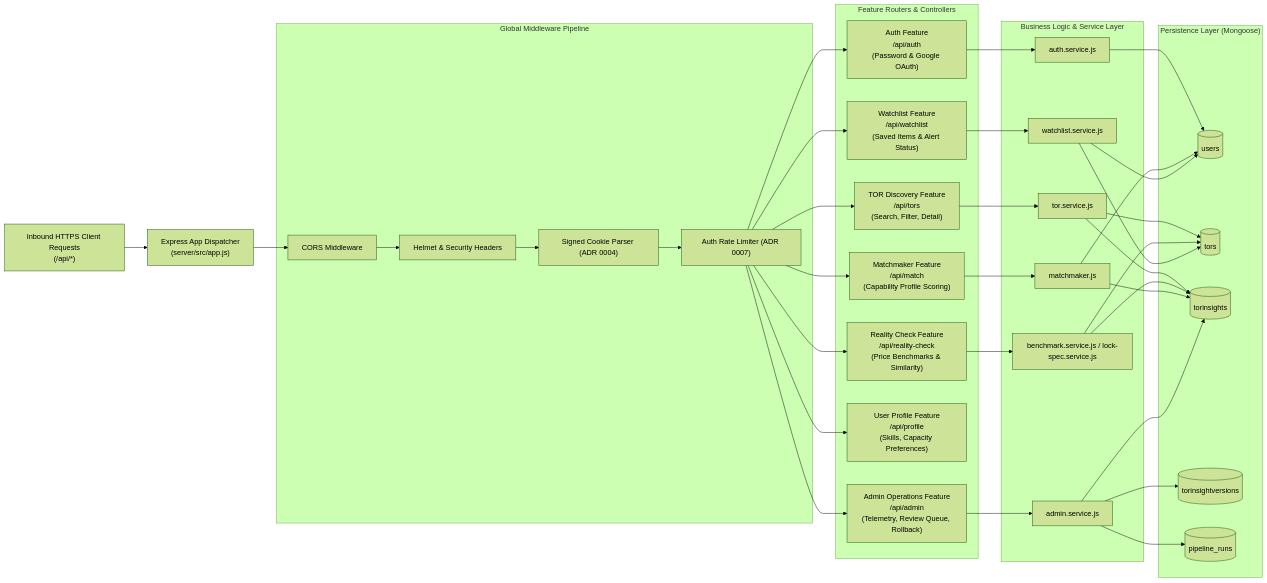
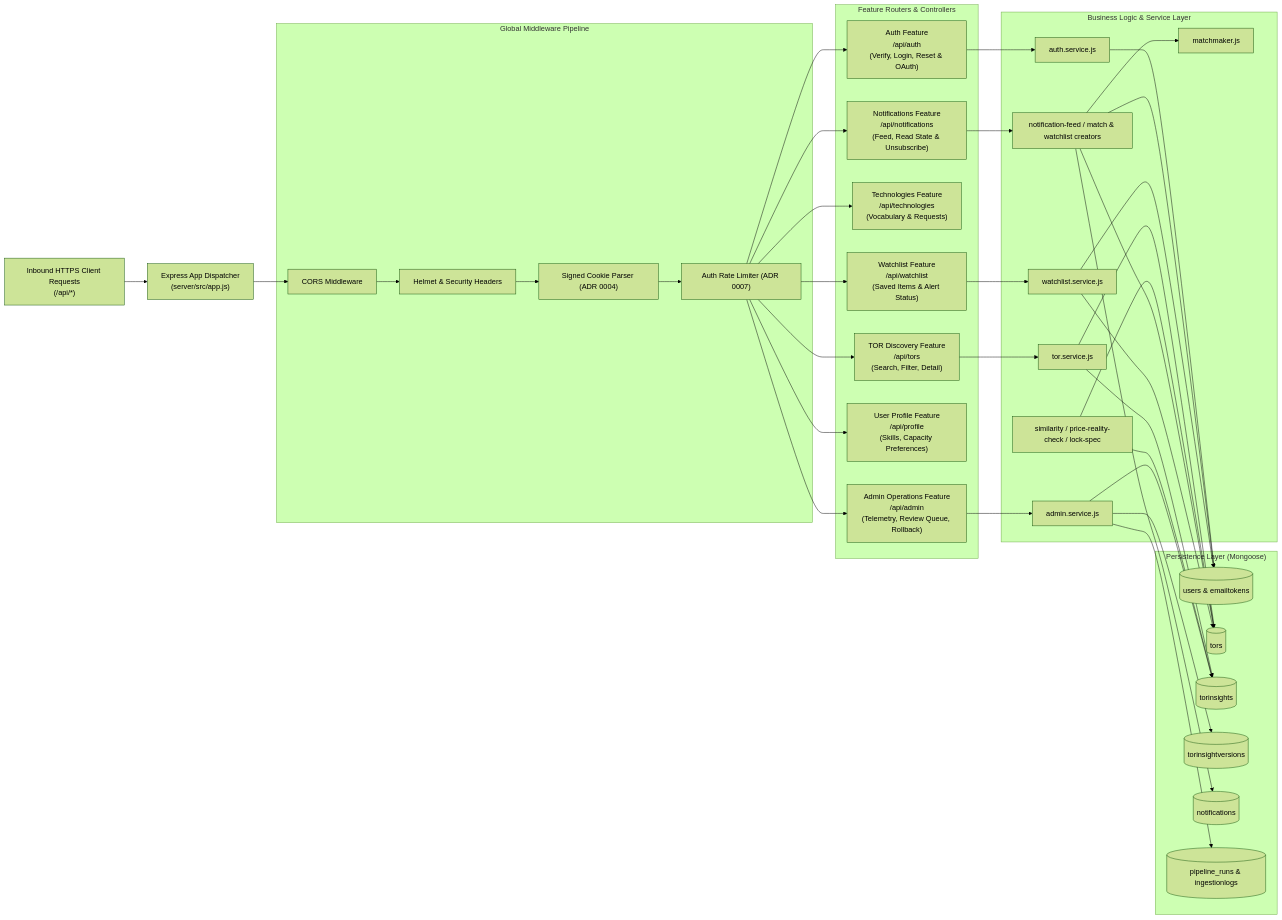
The fourth of 17 diagrams in docs/design-document.md (PapuBallkub/csp-mjolnir), drawn with Mermaid (forest theme) before and after one commit. The commit also changed other lines of this file, not shown here.

Commit message:
docs: sync design-document.md to v1.1 with live routes, auth, and SRS v0.3

````diff
--- a/docs/design-document.md
+++ b/docs/design-document.md
@@ -394,63 +395,65 @@
 ```mermaid
 flowchart LR
     %% Inbound HTTP
     HTTP_REQ["Inbound HTTPS Client Requests<br/>(/api/*)"] --> APP["Express App Dispatcher<br/>(server/src/app.js)"]
 
     subgraph Middleware_Chain["Global Middleware Pipeline"]
         CORS["CORS Middleware"]
         SEC["Helmet & Security Headers"]
         COOKIE["Signed Cookie Parser (ADR 0004)"]
         RL["Auth Rate Limiter (ADR 0007)"]
     end
 
     APP --> CORS --> SEC --> COOKIE --> RL
 
     subgraph Feature_Controllers["Feature Routers & Controllers"]
-        F_AUTH["Auth Feature<br/>/api/auth<br/>(Password & Google OAuth)"]
+        F_AUTH["Auth Feature<br/>/api/auth<br/>(Verify, Login, Reset & OAuth)"]
         F_TORS["TOR Discovery Feature<br/>/api/tors<br/>(Search, Filter, Detail)"]
-        F_BENCH["Reality Check Feature<br/>/api/reality-check<br/>(Price Benchmarks & Similarity)"]
-        F_MATCH["Matchmaker Feature<br/>/api/match<br/>(Capability Profile Scoring)"]
+        F_TECH["Technologies Feature<br/>/api/technologies<br/>(Vocabulary & Requests)"]
+        F_NOTIF["Notifications Feature<br/>/api/notifications<br/>(Feed, Read State & Unsubscribe)"]
         F_WATCH["Watchlist Feature<br/>/api/watchlist<br/>(Saved Items & Alert Status)"]
         F_PROF["User Profile Feature<br/>/api/profile<br/>(Skills, Capacity Preferences)"]
         F_ADMIN["Admin Operations Feature<br/>/api/admin<br/>(Telemetry, Review Queue, Rollback)"]
     end
 
     RL --> F_AUTH
     RL --> F_TORS
-    RL --> F_BENCH
-    RL --> F_MATCH
+    RL --> F_TECH
+    RL --> F_NOTIF
     RL --> F_WATCH
     RL --> F_PROF
     RL --> F_ADMIN
 
     subgraph Services_Layer["Business Logic & Service Layer"]
         S_AUTH["auth.service.js"]
         S_TOR["tor.service.js"]
-        S_BENCH["benchmark.service.js / lock-spec.service.js"]
+        S_BENCH["similarity / price-reality-check / lock-spec"]
         S_MATCH["matchmaker.js"]
+        S_NOTIF["notification-feed / match & watchlist creators"]
         S_WATCH["watchlist.service.js"]
         S_ADMIN["admin.service.js"]
     end
 
     F_AUTH --> S_AUTH
     F_TORS --> S_TOR
-    F_BENCH --> S_BENCH
-    F_MATCH --> S_MATCH
+    F_NOTIF --> S_NOTIF
+    S_NOTIF --> S_MATCH
     F_WATCH --> S_WATCH
     F_ADMIN --> S_ADMIN
 
     subgraph Data_Layer["Persistence Layer (Mongoose)"]
-        M_USER[("users")]
+        M_USER[("users & emailtokens")]
         M_TOR[("tors")]
         M_INSIGHT[("torinsights")]
         M_VER[("torinsightversions")]
-        M_RUN[("pipeline_runs")]
+        M_NOTIF[("notifications")]
+        M_RUN[("pipeline_runs & ingestionlogs")]
     end
 
     S_AUTH --> M_USER
     S_TOR --> M_TOR & M_INSIGHT
     S_BENCH --> M_INSIGHT & M_TOR
-    S_MATCH --> M_USER & M_INSIGHT
+    S_NOTIF --> M_NOTIF & M_USER & M_TOR
     S_WATCH --> M_USER & M_TOR
     S_ADMIN --> M_RUN & M_INSIGHT & M_VER
 ```
````
